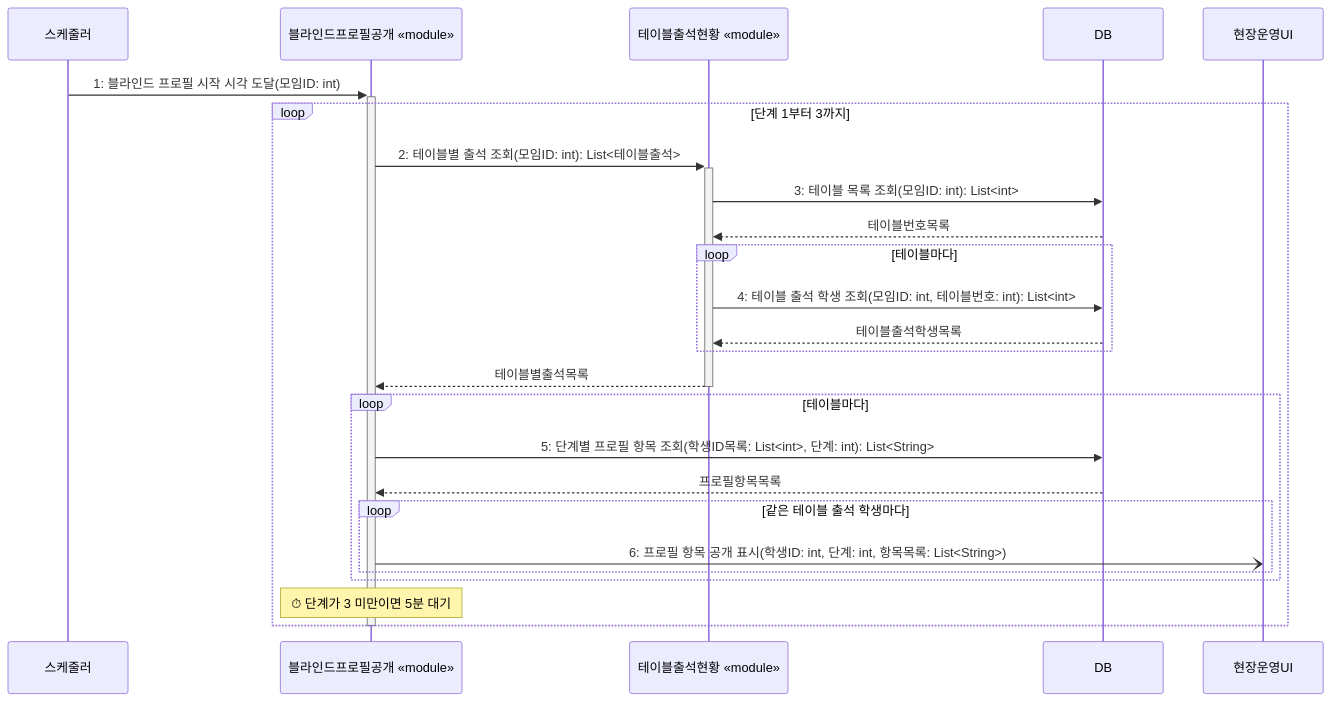
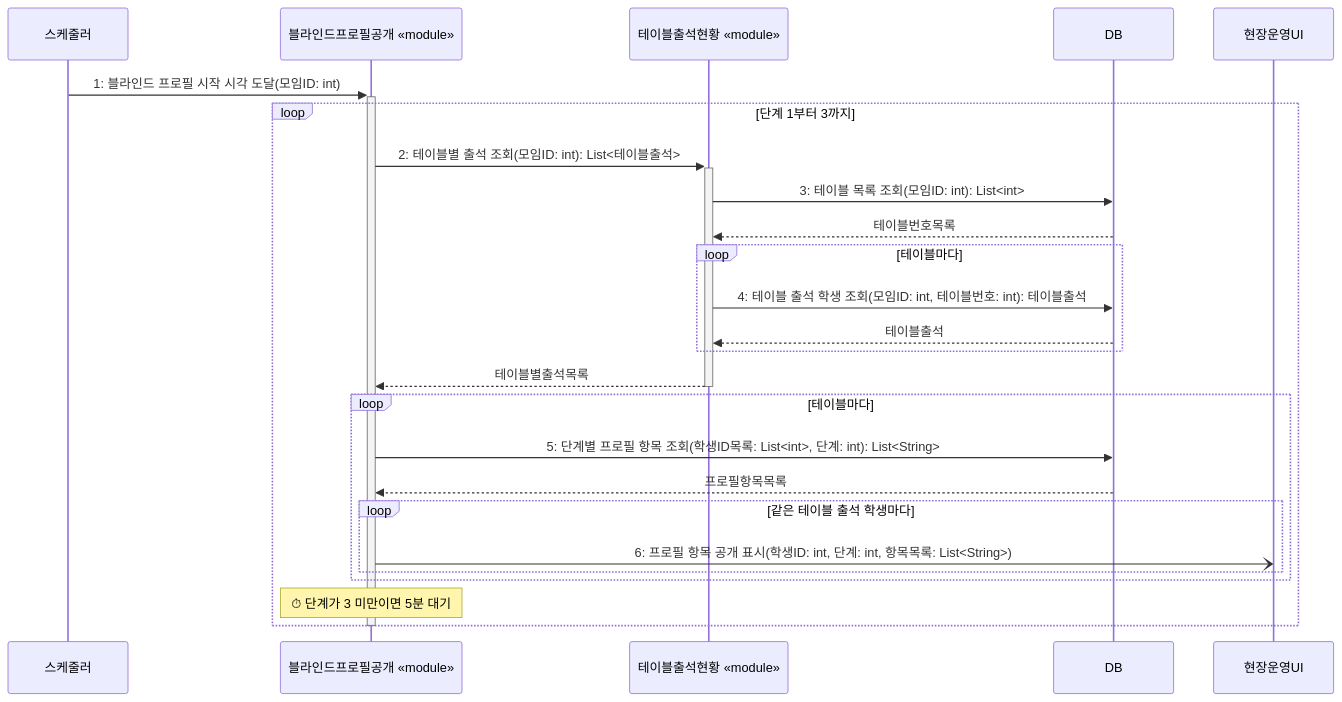
One commit to hojae3/sw-engineering-16 changed the diagram in presentation/08/2-sequence-v4.md. Above: the diagram before and after it, drawn with Mermaid. The commit also changed other lines of this file and 7 other files, not shown here.

````diff
--- a/presentation/08/2-sequence-v4.md
+++ b/presentation/08/2-sequence-v4.md
@@ -14,30 +14,30 @@
 ```mermaid
 sequenceDiagram
     participant 스케줄러
     participant 공개 as 블라인드프로필공개 «module»
     participant 현황 as 테이블출석현황 «module»
     participant DB as DB
     participant 화면 as 현장운영UI
 
     스케줄러->>+공개: 1: 블라인드 프로필 시작 시각 도달(모임ID: int)
     loop 단계 1부터 3까지
         공개->>+현황: 2: 테이블별 출석 조회(모임ID: int): List<테이블출석>
         현황->>DB: 3: 테이블 목록 조회(모임ID: int): List<int>
         DB-->>현황: 테이블번호목록
         loop 테이블마다
-            현황->>DB: 4: 테이블 출석 학생 조회(모임ID: int, 테이블번호: int): List<int>
-            DB-->>현황: 테이블출석학생목록
+            현황->>DB: 4: 테이블 출석 학생 조회(모임ID: int, 테이블번호: int): 테이블출석
+            DB-->>현황: 테이블출석
         end
         현황-->>-공개: 테이블별출석목록
 
         loop 테이블마다
             공개->>DB: 5: 단계별 프로필 항목 조회(학생ID목록: List<int>, 단계: int): List<String>
             DB-->>공개: 프로필항목목록
             loop 같은 테이블 출석 학생마다
                 공개-)화면: 6: 프로필 항목 공개 표시(학생ID: int, 단계: int, 항목목록: List<String>)
             end
         end
         Note over 공개: ⏱ 단계가 3 미만이면 5분 대기
     end
     deactivate 공개
 ```
````
